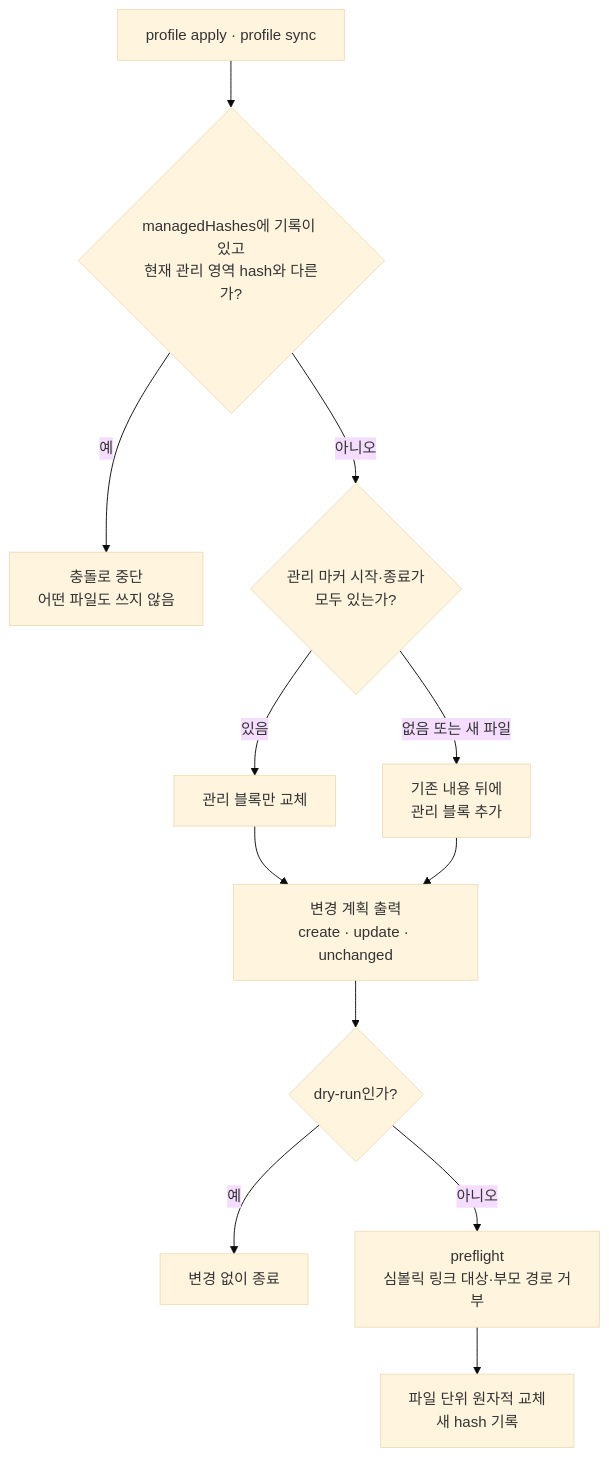
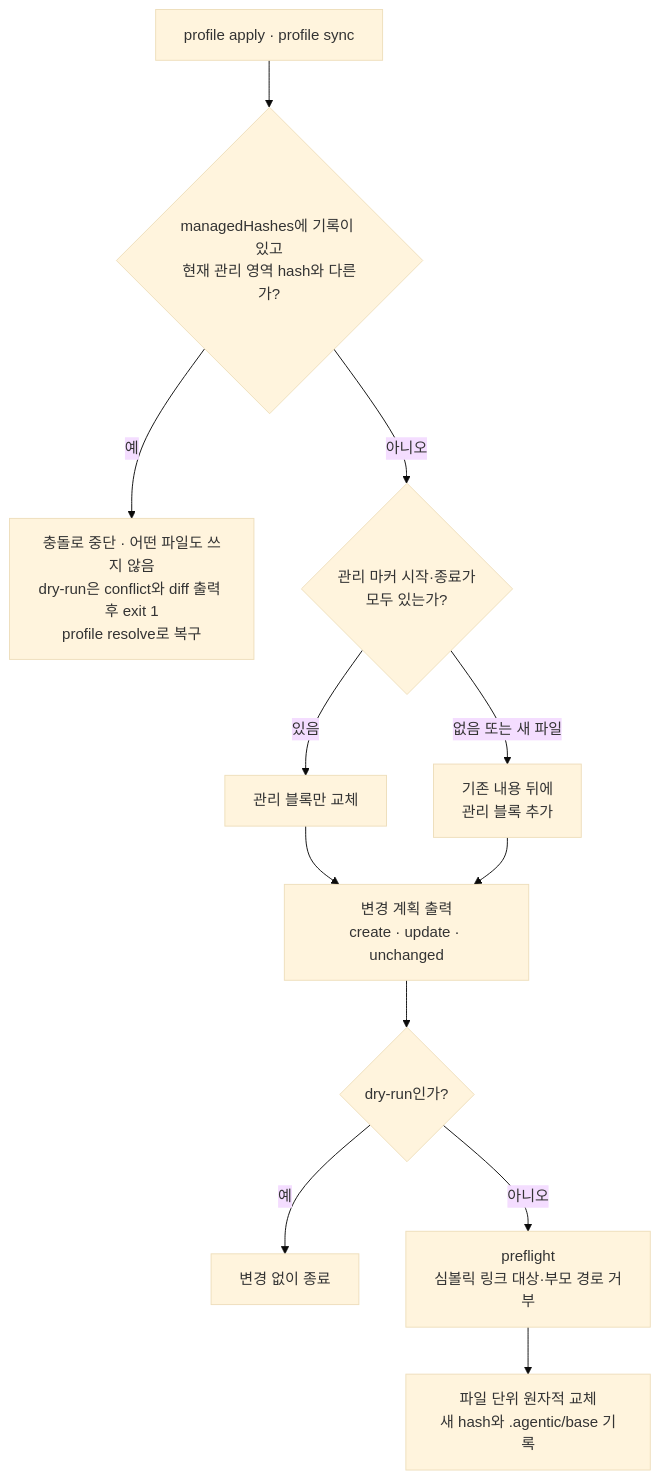
Before and after one commit to IsthisLee/agent-context-manager: the first of 4 diagrams in docs/discussion/architecture/topics/managed-artifact-safety.md, drawn with Mermaid (base theme). The commit also changed other lines of this file and 13 other files, not shown here.

````diff
--- a/docs/discussion/architecture/topics/managed-artifact-safety.md
+++ b/docs/discussion/architecture/topics/managed-artifact-safety.md
@@ -57,14 +57,14 @@
 ```mermaid
 flowchart TD
   START["profile apply · profile sync"] --> HASH{"managedHashes에 기록이 있고<br/>현재 관리 영역 hash와 다른가?"}
-  HASH -->|예| STOP["충돌로 중단<br/>어떤 파일도 쓰지 않음"]
+  HASH -->|예| STOP["충돌로 중단 · 어떤 파일도 쓰지 않음<br/>dry-run은 conflict와 diff 출력 후 exit 1<br/>profile resolve로 복구"]
   HASH -->|아니오| MARK{"관리 마커 시작·종료가<br/>모두 있는가?"}
   MARK -->|있음| REPLACE["관리 블록만 교체"]
   MARK -->|없음 또는 새 파일| APPEND["기존 내용 뒤에<br/>관리 블록 추가"]
   REPLACE --> PLAN["변경 계획 출력<br/>create · update · unchanged"]
   APPEND --> PLAN
   PLAN --> DRY{"dry-run인가?"}
   DRY -->|예| NOCHANGE["변경 없이 종료"]
   DRY -->|아니오| PRE["preflight<br/>심볼릭 링크 대상·부모 경로 거부"]
-  PRE --> WRITE["파일 단위 원자적 교체<br/>새 hash 기록"]
+  PRE --> WRITE["파일 단위 원자적 교체<br/>새 hash와 .agentic/base 기록"]
 ```
````
